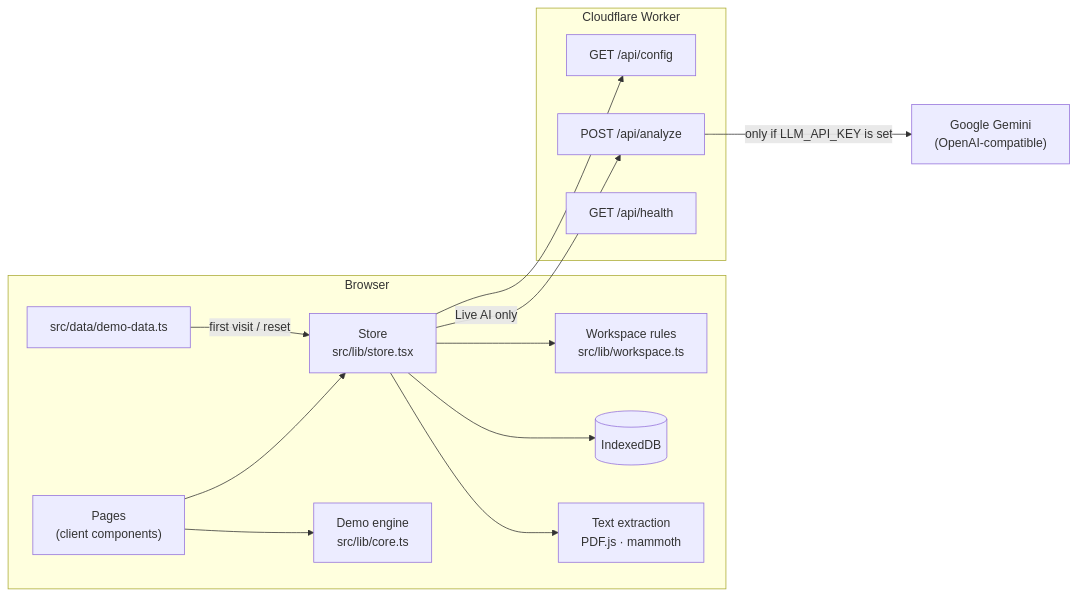
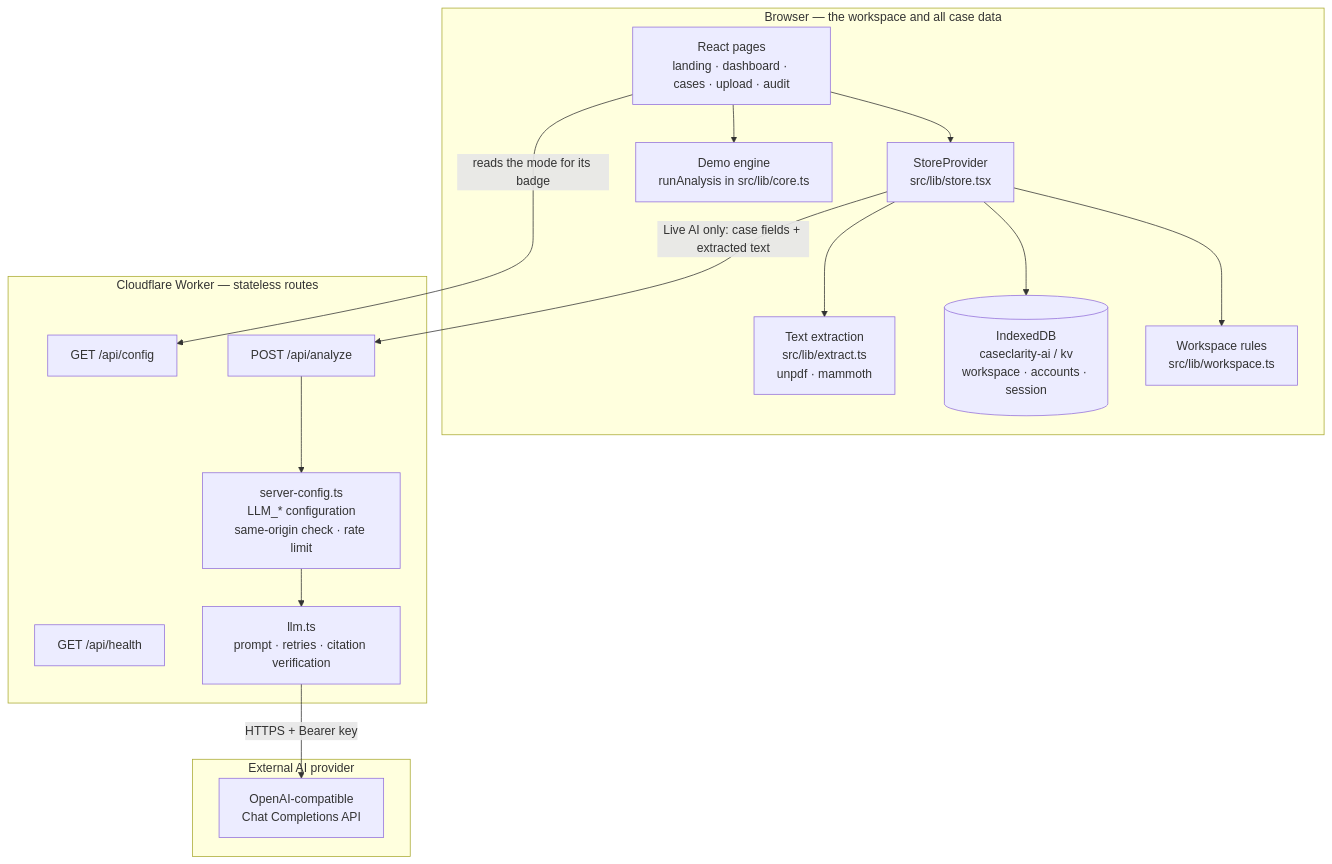
The second of 2 diagrams in README.md (eayub006-source/caseclarity-ai), drawn with Mermaid before and after one commit. The commit also changed other lines of this file, not shown here.

Commit message:
docs: professionally rewrite CaseClarity AI README

````diff
--- a/README.md
+++ b/README.md
@@ -244,19 +288,34 @@
 ```mermaid
-flowchart LR
-  subgraph B["Browser"]
-    P["Pages<br/>(client components)"] --> S["Store<br/>src/lib/store.tsx"]
-    S --> W["Workspace rules<br/>src/lib/workspace.ts"]
-    S --> I[("IndexedDB")]
-    S --> X["Text extraction<br/>PDF.js · mammoth"]
-    P --> E["Demo engine<br/>src/lib/core.ts"]
-    D["src/data/demo-data.ts"] -->|"first visit / reset"| S
-  end
-  subgraph CF["Cloudflare Worker"]
-    C["GET /api/config"]
-    A["POST /api/analyze"]
-    H["GET /api/health"]
-  end
-  S --> C
-  S -->|"Live AI only"| A
-  A -->|"only if LLM_API_KEY is set"| L["Google Gemini<br/>(OpenAI-compatible)"]
+flowchart TB
+    subgraph BROWSER["Browser — the workspace and all case data"]
+        UI["React pages<br/>landing · dashboard · cases · upload · audit"]
+        STORE["StoreProvider<br/>src/lib/store.tsx"]
+        RULES["Workspace rules<br/>src/lib/workspace.ts"]
+        IDB[("IndexedDB<br/>caseclarity-ai / kv<br/>workspace · accounts · session")]
+        EXT["Text extraction<br/>src/lib/extract.ts<br/>unpdf · mammoth"]
+        DEMO["Demo engine<br/>runAnalysis in src/lib/core.ts"]
+        UI --> STORE
+        STORE --> RULES
+        STORE --> IDB
+        STORE --> EXT
+        UI --> DEMO
+    end
+
+    subgraph WORKER["Cloudflare Worker — stateless routes"]
+        R1["POST /api/analyze"]
+        R2["GET /api/config"]
+        R3["GET /api/health"]
+        CFG["server-config.ts<br/>LLM_* configuration<br/>same-origin check · rate limit"]
+        LLM["llm.ts<br/>prompt · retries · citation verification"]
+        R1 --> CFG
+        CFG --> LLM
+    end
+
+    subgraph PROVIDER["External AI provider"]
+        P["OpenAI-compatible<br/>Chat Completions API"]
+    end
+
+    STORE -->|"Live AI only: case fields + extracted text"| R1
+    UI -->|"reads the mode for its badge"| R2
+    LLM -->|"HTTPS + Bearer key"| P
 ```
````
